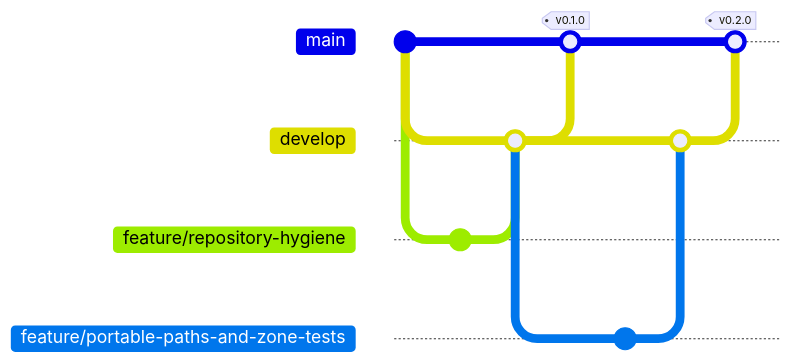
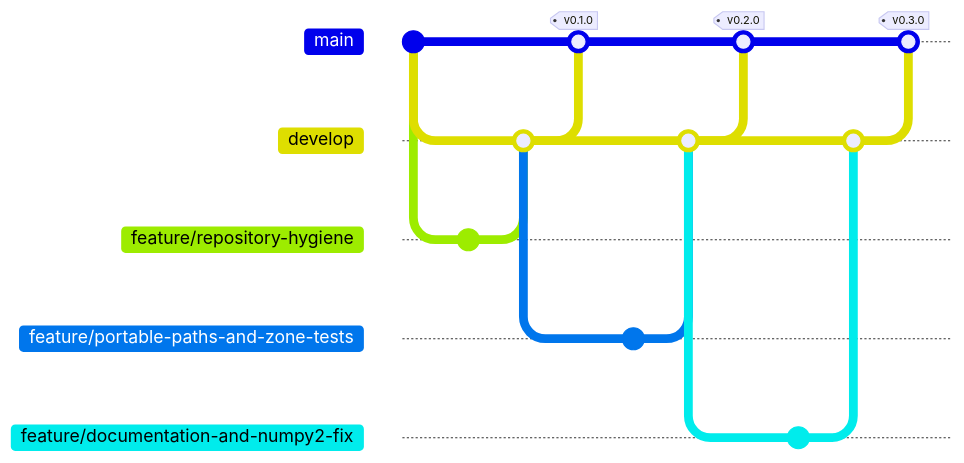
The second of 2 diagrams in README.md (danielyatacoblas/omni-retail), drawn with Mermaid before and after one commit. The commit also changed other lines of this file and 1 other file, not shown here. Commit ids are hidden.

Commit message:
docs: regenerate the branch diagram after the release merge
The block quotes counts read from the history, so committing it necessarily
changes what it counts. It is generated last and says "al generar este bloque"
rather than pretending to be live -- a number that drifts silently is worse
than one that says when it was taken.

````diff
--- a/README.md
+++ b/README.md
@@ -151,21 +151,29 @@
 ```mermaid
 gitGraph
    commit id: "import"
    branch develop
    checkout develop
    branch feature/repository-hygiene
    checkout feature/repository-hygiene
    commit
    checkout develop
    merge feature/repository-hygiene
    checkout main
    merge develop tag: "v0.1.0"
    checkout develop
    branch feature/portable-paths-and-zone-tests
    checkout feature/portable-paths-and-zone-tests
    commit
    checkout develop
    merge feature/portable-paths-and-zone-tests
    checkout main
    merge develop tag: "v0.2.0"
+   checkout develop
+   branch feature/documentation-and-numpy2-fix
+   checkout feature/documentation-and-numpy2-fix
+   commit
+   checkout develop
+   merge feature/documentation-and-numpy2-fix
+   checkout main
+   merge develop tag: "v0.3.0"
 ```
````
